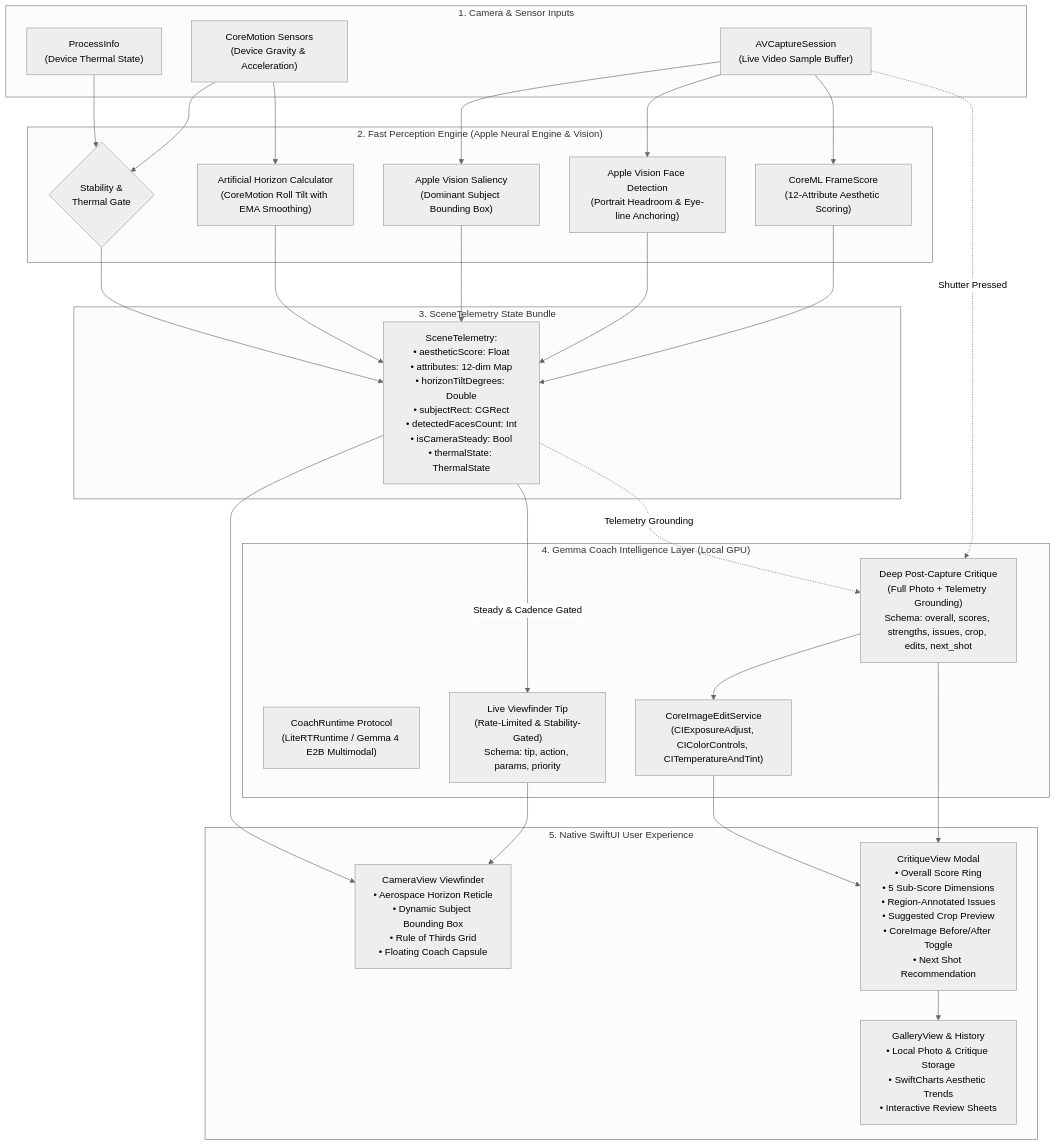
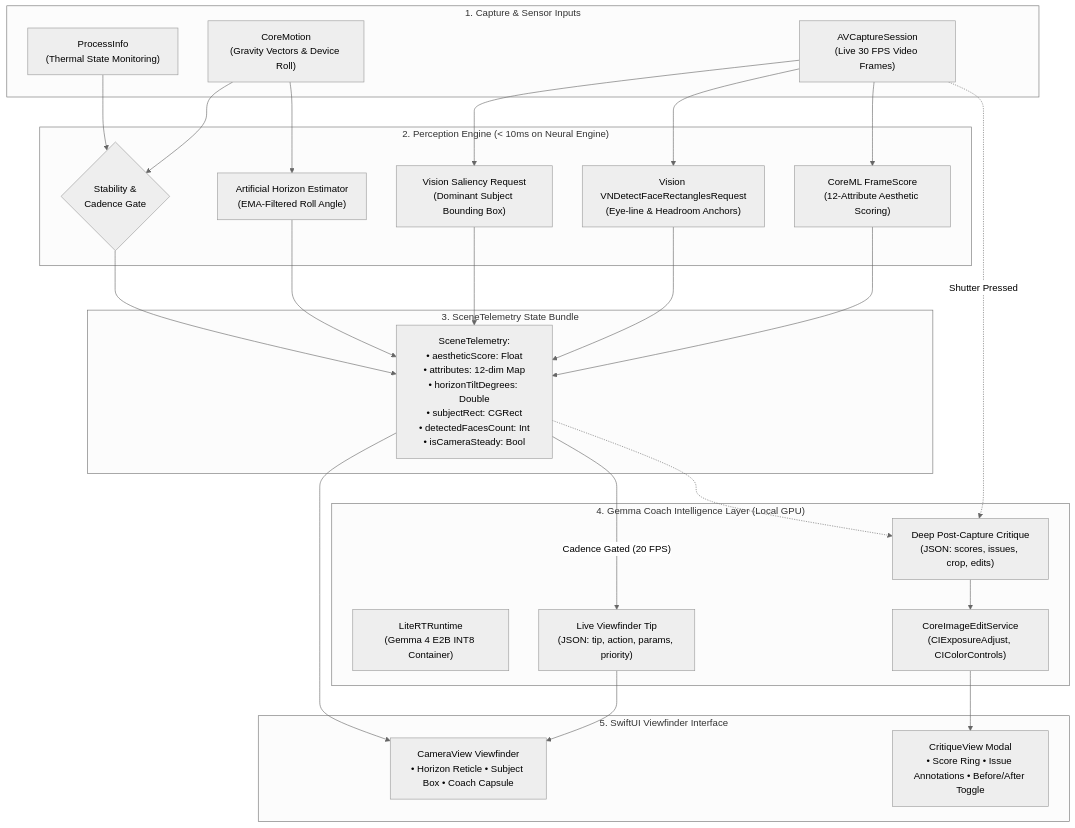
The diagram in README.md (VenuArvind/LensCoachV2), drawn with Mermaid (neutral theme) before and after one commit. The commit also changed other lines of this file and 7 other files, not shown here.

Commit message:
docs & benchmarks: add V2 benchmark suite, physical telemetry, Gemma 4 eval results, and HF model badge

````diff
--- a/README.md
+++ b/README.md
@@ -9,58 +114,45 @@
 ```mermaid
 flowchart TD
-    subgraph INPUT["1. Camera & Sensor Inputs"]
-        CAM["AVCaptureSession<br/>(Live Video Sample Buffer)"]
-        MOT["CoreMotion Sensors<br/>(Device Gravity & Acceleration)"]
-        THERMAL["ProcessInfo<br/>(Device Thermal State)"]
+    subgraph SENSORS["1. Capture & Sensor Inputs"]
+        CAM["AVCaptureSession<br/>(Live 30 FPS Video Frames)"]
+        MOT["CoreMotion<br/>(Gravity Vectors & Device Roll)"]
+        THERMAL["ProcessInfo<br/>(Thermal State Monitoring)"]
     end
 
-    subgraph FAST["2. Fast Perception Engine (Apple Neural Engine & Vision)"]
+    subgraph PERCEPTION["2. Perception Engine (< 10ms on Neural Engine)"]
         FS["CoreML FrameScore<br/>(12-Attribute Aesthetic Scoring)"]
-        FACES["Apple Vision Face Detection<br/>(Portrait Headroom & Eye-line Anchoring)"]
-        SAL["Apple Vision Saliency<br/>(Dominant Subject Bounding Box)"]
-        TILT["Artificial Horizon Calculator<br/>(CoreMotion Roll Tilt with EMA Smoothing)"]
-        STEADY{"Stability &<br/>Thermal Gate"}
+        FACE["Vision VNDetectFaceRectanglesRequest<br/>(Eye-line & Headroom Anchors)"]
+        SAL["Vision Saliency Request<br/>(Dominant Subject Bounding Box)"]
+        TILT["Artificial Horizon Estimator<br/>(EMA-Filtered Roll Angle)"]
+        GATE{"Stability &<br/>Cadence Gate"}
     end
 
     subgraph TELEMETRY["3. SceneTelemetry State Bundle"]
-        STATE["SceneTelemetry:<br/>• aestheticScore: Float<br/>• attributes: 12-dim Map<br/>• horizonTiltDegrees: Double<br/>• subjectRect: CGRect<br/>• detectedFacesCount: Int<br/>• isCameraSteady: Bool<br/>• thermalState: ThermalState"]
+        BUNDLE["SceneTelemetry:<br/>• aestheticScore: Float<br/>• attributes: 12-dim Map<br/>• horizonTiltDegrees: Double<br/>• subjectRect: CGRect<br/>• detectedFacesCount: Int<br/>• isCameraSteady: Bool"]
     end
 
     subgraph COACH["4. Gemma Coach Intelligence Layer (Local GPU)"]
-        RUNTIME["CoachRuntime Protocol<br/>(LiteRTRuntime / Gemma 4 E2B Multimodal)"]
-        LIVETIP["Live Viewfinder Tip<br/>(Rate-Limited & Stability-Gated)<br/>Schema: tip, action, params, priority"]
-        CRITIQUE["Deep Post-Capture Critique<br/>(Full Photo + Telemetry Grounding)<br/>Schema: overall, scores, strengths, issues, crop, edits, next_shot"]
-        CI["CoreImageEditService<br/>(CIExposureAdjust, CIColorControls, CITemperatureAndTint)"]
+        RUNTIME["LiteRTRuntime<br/>(Gemma 4 E2B INT8 Container)"]
+        TIP["Live Viewfinder Tip<br/>(JSON: tip, action, params, priority)"]
+        CRITIQUE["Deep Post-Capture Critique<br/>(JSON: scores, issues, crop, edits)"]
+        CI["CoreImageEditService<br/>(CIExposureAdjust, CIColorControls)"]
     end
 
-    subgraph UI["5. Native SwiftUI User Experience"]
-        HUD["CameraView Viewfinder<br/>• Aerospace Horizon Reticle<br/>• Dynamic Subject Bounding Box<br/>• Rule of Thirds Grid<br/>• Floating Coach Capsule"]
-        REVIEW["CritiqueView Modal<br/>• Overall Score Ring<br/>• 5 Sub-Score Dimensions<br/>• Region-Annotated Issues<br/>• Suggested Crop Preview<br/>• CoreImage Before/After Toggle<br/>• Next Shot Recommendation"]
-        GALLERY["GalleryView & History<br/>• Local Photo & Critique Storage<br/>• SwiftCharts Aesthetic Trends<br/>• Interactive Review Sheets"]
+    subgraph UI["5. SwiftUI Viewfinder Interface"]
+        HUD["CameraView Viewfinder<br/>• Horizon Reticle • Subject Box • Coach Capsule"]
+        REVIEW["CritiqueView Modal<br/>• Score Ring • Issue Annotations • Before/After Toggle"]
     end
 
-    %% Wiring connections
-    CAM --> FS
-    CAM --> FACES
-    CAM --> SAL
-    MOT --> TILT
-    MOT --> STEADY
-    THERMAL --> STEADY
+    CAM --> FS & FACE & SAL
+    MOT --> TILT & GATE
+    THERMAL --> GATE
 
-    FS --> STATE
-    FACES --> STATE
-    SAL --> STATE
-    TILT --> STATE
-    STEADY --> STATE
-
-    STATE -->|"Steady & Cadence Gated"| LIVETIP
-    LIVETIP --> HUD
-    STATE --> HUD
+    FS & FACE & SAL & TILT & GATE --> BUNDLE
+    BUNDLE -->|"Cadence Gated (20 FPS)"| TIP
+    TIP --> HUD
+    BUNDLE --> HUD
 
     CAM -.->|"Shutter Pressed"| CRITIQUE
-    STATE -.->|"Telemetry Grounding"| CRITIQUE
-    CRITIQUE --> REVIEW
-    CRITIQUE --> CI
-    CI --> REVIEW
-    REVIEW --> GALLERY
+    BUNDLE -.-> CRITIQUE
+    CRITIQUE --> CI --> REVIEW
 ```
````
